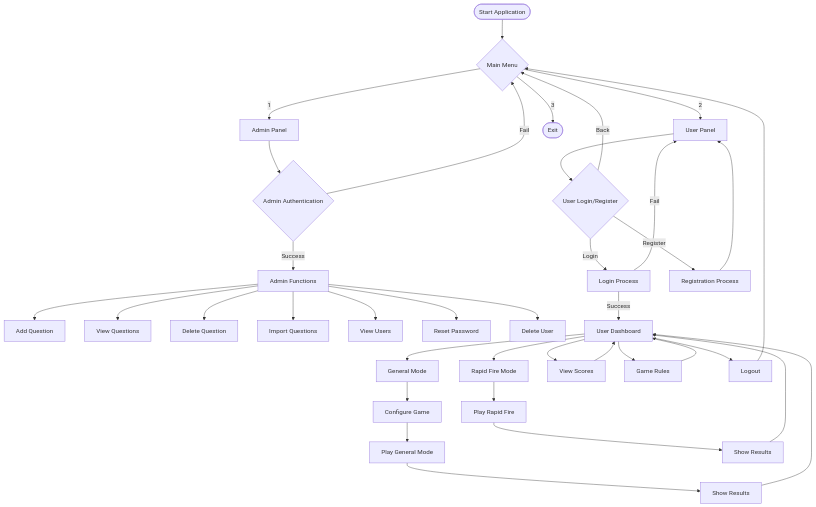
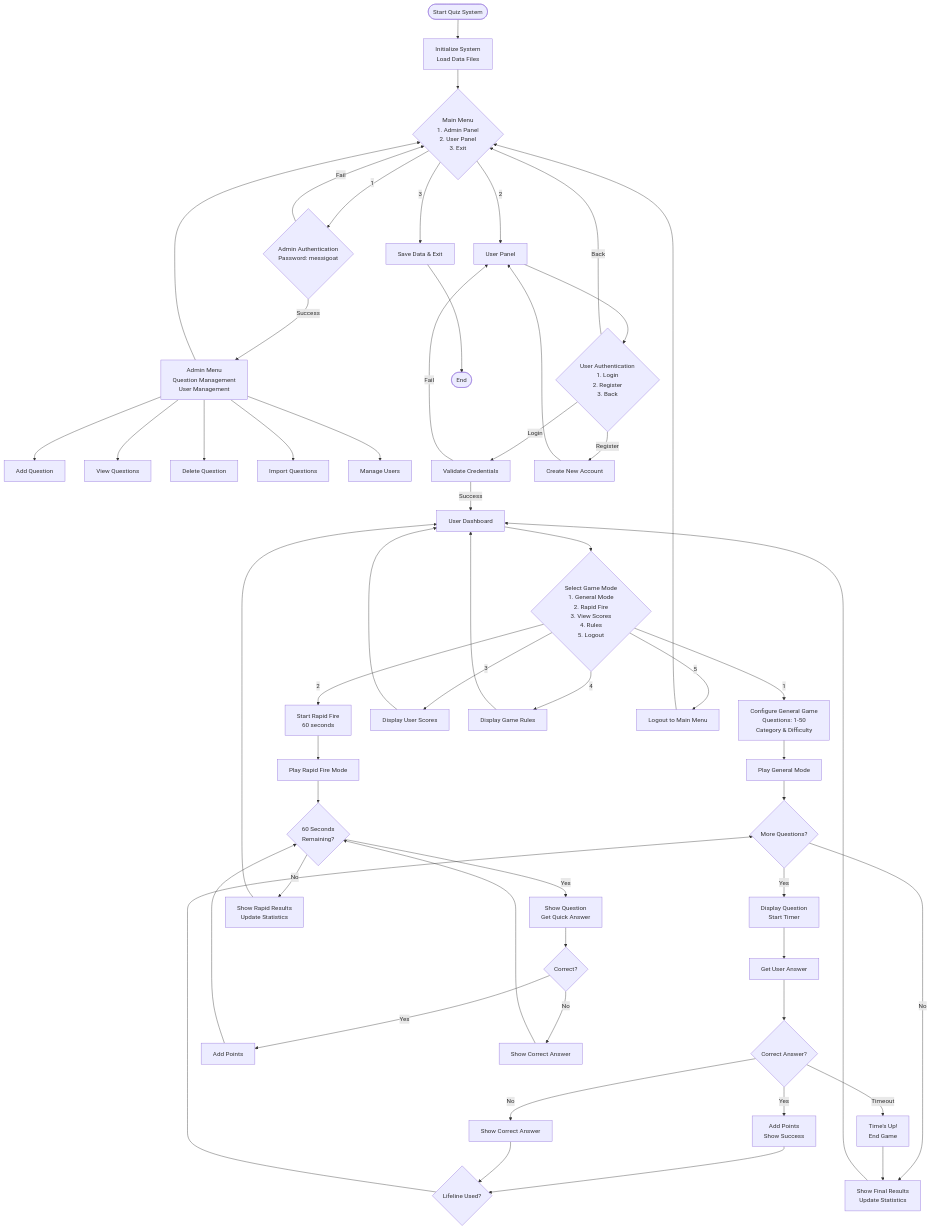
Before and after one commit to saurab997/quizGame: the first of 6 diagrams in diagram.md, drawn with Mermaid. The commit also changed other lines of this file and 3 other files, not shown here.

Commit message:
New diagrams

````diff
--- a/diagram.md
+++ b/diagram.md
@@ -103,48 +434,72 @@
 ```mermaid
 flowchart TD
-    START([Start Application]) --> MAIN{Main Menu}
+    START([Start Quiz System]) --> INIT[Initialize System<br/>Load Data Files]
+    INIT --> MAIN_MENU{Main Menu<br/>1. Admin Panel<br/>2. User Panel<br/>3. Exit}
     
-    MAIN -->|1| ADMIN[Admin Panel]
-    MAIN -->|2| USER[User Panel]
-    MAIN -->|3| EXIT([Exit])
+    MAIN_MENU -->|1| ADMIN_AUTH{Admin Authentication<br/>Password: messigoat}
+    MAIN_MENU -->|2| USER_PANEL[User Panel]
+    MAIN_MENU -->|3| SAVE_EXIT[Save Data & Exit]
     
-    ADMIN --> AUTH{Admin Authentication}
-    AUTH -->|Success| ADMIN_MENU[Admin Functions]
-    AUTH -->|Fail| MAIN
+    ADMIN_AUTH -->|Success| ADMIN_MENU[Admin Menu<br/>Question Management<br/>User Management]
+    ADMIN_AUTH -->|Fail| MAIN_MENU
     
     ADMIN_MENU --> ADD_Q[Add Question]
     ADMIN_MENU --> VIEW_Q[View Questions]
     ADMIN_MENU --> DEL_Q[Delete Question]
-    ADMIN_MENU --> IMPORT[Import Questions]
-    ADMIN_MENU --> VIEW_U[View Users]
-    ADMIN_MENU --> RESET_P[Reset Password]
-    ADMIN_MENU --> DEL_U[Delete User]
+    ADMIN_MENU --> IMPORT_Q[Import Questions]
+    ADMIN_MENU --> MANAGE_U[Manage Users]
+    ADMIN_MENU --> MAIN_MENU
     
-    USER --> USER_AUTH{User Login/Register}
-    USER_AUTH -->|Login| LOGIN[Login Process]
-    USER_AUTH -->|Register| REGISTER[Registration Process]
-    USER_AUTH -->|Back| MAIN
+    USER_PANEL --> USER_AUTH{User Authentication<br/>1. Login<br/>2. Register<br/>3. Back}
+    USER_AUTH -->|Login| LOGIN_PROCESS[Validate Credentials]
+    USER_AUTH -->|Register| REGISTER_PROCESS[Create New Account]
+    USER_AUTH -->|Back| MAIN_MENU
     
-    LOGIN -->|Success| USER_MENU[User Dashboard]
-    LOGIN -->|Fail| USER
-    REGISTER --> USER
+    LOGIN_PROCESS -->|Success| USER_MENU[User Dashboard]
+    LOGIN_PROCESS -->|Fail| USER_PANEL
+    REGISTER_PROCESS --> USER_PANEL
     
-    USER_MENU --> GENERAL[General Mode]
-    USER_MENU --> RAPID[Rapid Fire Mode]
-    USER_MENU --> SCORES[View Scores]
-    USER_MENU --> RULES[Game Rules]
-    USER_MENU --> LOGOUT[Logout]
+    USER_MENU --> GAME_MODE{Select Game Mode<br/>1. General Mode<br/>2. Rapid Fire<br/>3. View Scores<br/>4. Rules<br/>5. Logout}
     
-    GENERAL --> GAME_CONFIG[Configure Game]
-    GAME_CONFIG --> PLAY_GENERAL[Play General Mode]
-    PLAY_GENERAL --> RESULTS[Show Results]
+    GAME_MODE -->|1| CONFIG_GENERAL[Configure General Game<br/>Questions: 1-50<br/>Category & Difficulty]
+    GAME_MODE -->|2| START_RAPID[Start Rapid Fire<br/>60 seconds]
+    GAME_MODE -->|3| VIEW_SCORES[Display User Scores]
+    GAME_MODE -->|4| SHOW_RULES[Display Game Rules]
+    GAME_MODE -->|5| LOGOUT[Logout to Main Menu]
     
-    RAPID --> PLAY_RAPID[Play Rapid Fire]
-    PLAY_RAPID --> RAPID_RESULTS[Show Results]
+    CONFIG_GENERAL --> PLAY_GENERAL[Play General Mode]
+    START_RAPID --> PLAY_RAPID[Play Rapid Fire Mode]
     
-    RESULTS --> USER_MENU
+    PLAY_GENERAL --> QUESTION_LOOP{More Questions?}
+    QUESTION_LOOP -->|Yes| DISPLAY_Q[Display Question<br/>Start Timer]
+    QUESTION_LOOP -->|No| GENERAL_RESULTS[Show Final Results<br/>Update Statistics]
+    
+    DISPLAY_Q --> GET_ANSWER[Get User Answer]
+    GET_ANSWER --> CHECK_ANSWER{Correct Answer?}
+    CHECK_ANSWER -->|Yes| ADD_SCORE[Add Points<br/>Show Success]
+    CHECK_ANSWER -->|No| SHOW_CORRECT[Show Correct Answer]
+    CHECK_ANSWER -->|Timeout| TIME_UP[Time's Up!<br/>End Game]
+    
+    ADD_SCORE --> CHECK_LIFELINE{Lifeline Used?}
+    SHOW_CORRECT --> CHECK_LIFELINE
+    CHECK_LIFELINE --> QUESTION_LOOP
+    
+    PLAY_RAPID --> RAPID_TIMER{60 Seconds<br/>Remaining?}
+    RAPID_TIMER -->|Yes| RAPID_Q[Show Question<br/>Get Quick Answer]
+    RAPID_TIMER -->|No| RAPID_RESULTS[Show Rapid Results<br/>Update Statistics]
+    
+    RAPID_Q --> RAPID_CHECK{Correct?}
+    RAPID_CHECK -->|Yes| RAPID_SCORE[Add Points]
+    RAPID_CHECK -->|No| RAPID_WRONG[Show Correct Answer]
+    RAPID_SCORE --> RAPID_TIMER
+    RAPID_WRONG --> RAPID_TIMER
+    
+    GENERAL_RESULTS --> USER_MENU
     RAPID_RESULTS --> USER_MENU
-    SCORES --> USER_MENU
-    RULES --> USER_MENU
-    LOGOUT --> MAIN
+    VIEW_SCORES --> USER_MENU
+    SHOW_RULES --> USER_MENU
+    LOGOUT --> MAIN_MENU
+    
+    TIME_UP --> GENERAL_RESULTS
+    SAVE_EXIT --> END([End])
 ```
````
